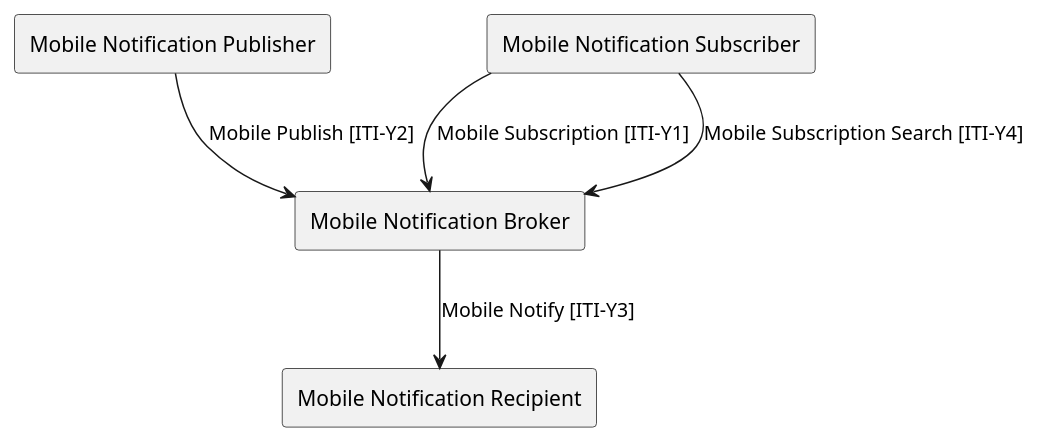
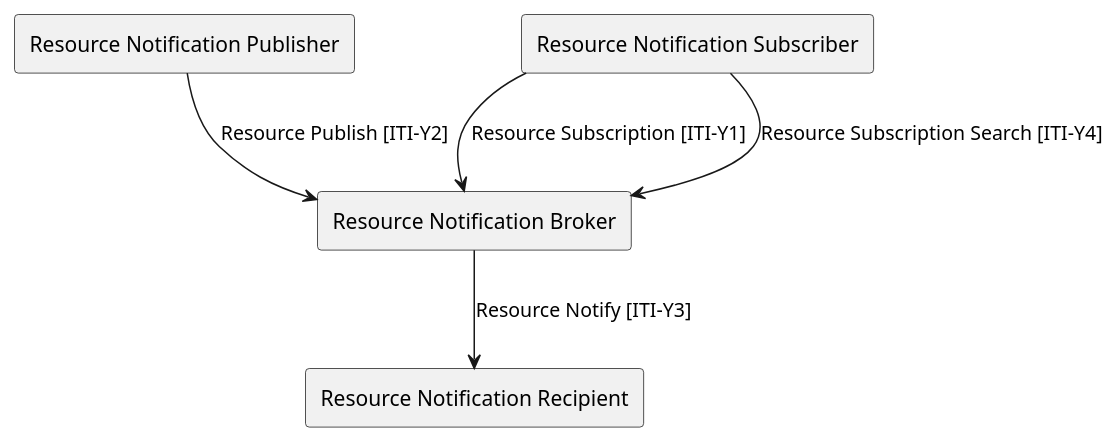
The diagram in input/images-source/ActorsAndTransactions.plantuml (IHE/ITI.DSUBm), drawn with PlantUML before and after one commit. The commit also changed 9 other files, not shown here.

```diff
--- a/input/images-source/ActorsAndTransactions.plantuml
+++ b/input/images-source/ActorsAndTransactions.plantuml
@@ -1,10 +1,10 @@
 @startuml
-agent "Mobile Notification Publisher" as Publisher
-agent "Mobile Notification Broker" as Broker
-agent "Mobile Notification Subscriber" as Subscriber
-agent "Mobile Notification Recipient" as Recipient
-Publisher --> Broker : "Mobile Publish [ITI-Y2]"
-Subscriber --> Broker : "Mobile Subscription [ITI-Y1]"
-Subscriber --> Broker : "Mobile Subscription Search [ITI-Y4]"
-Broker --> Recipient : "Mobile Notify [ITI-Y3]"
+agent "Resource Notification Publisher" as Publisher
+agent "Resource Notification Broker" as Broker
+agent "Resource Notification Subscriber" as Subscriber
+agent "Resource Notification Recipient" as Recipient
+Publisher --> Broker : "Resource Publish [ITI-Y2]"
+Subscriber --> Broker : "Resource Subscription [ITI-Y1]"
+Subscriber --> Broker : "Resource Subscription Search [ITI-Y4]"
+Broker --> Recipient : "Resource Notify [ITI-Y3]"
 @enduml
```
